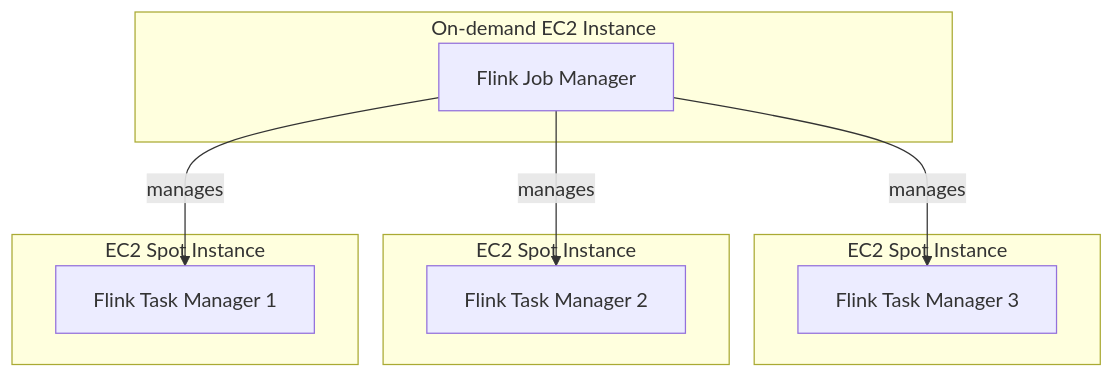
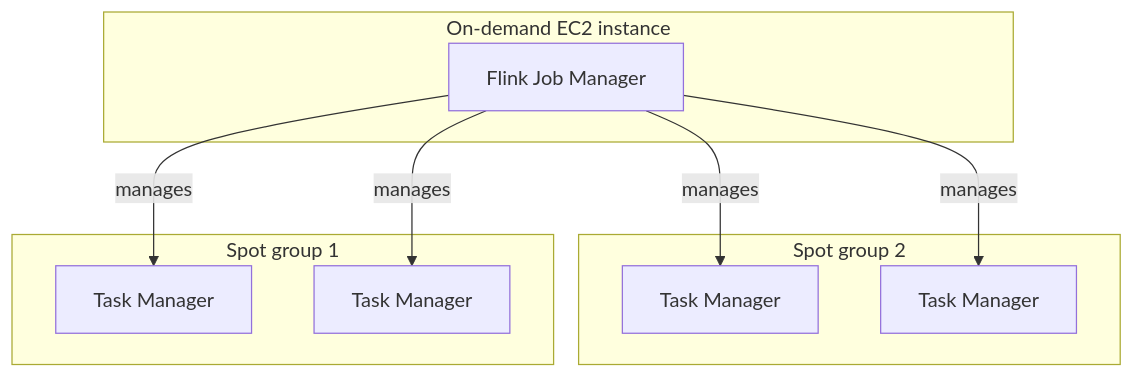
Before and after one commit to gordonmurray/tofu_aws_apache_flink: the diagram in readme.md, drawn with Mermaid. The commit also changed other lines of this file, not shown here.

Commit message:
Update diagram

````diff
--- a/readme.md
+++ b/readme.md
@@ -26,19 +26,19 @@
 ```mermaid
 graph TD
-    subgraph On-demand EC2 Instance
+    subgraph On-demand EC2 instance
         JM[Flink Job Manager]
     end
-    subgraph EC2 Spot Instance
-        TM1[Flink Task Manager 3]
+    subgraph Spot group 2
+        TM1A[Task Manager]
+        TM2A[Task Manager]
     end
-    subgraph EC2 Spot Instance
-        TM2[Flink Task Manager 2]
-    end
-    subgraph EC2 Spot Instance
-        TM3[Flink Task Manager 1]
+    subgraph Spot group 1
+        TM1B[Task Manager]
+        TM2B[Task Manager]
     end
 
-    JM -->|manages| TM1
-    JM -->|manages| TM2
-    JM -->|manages| TM3
+    JM -->|manages| TM1A
+    JM -->|manages| TM2A
+    JM -->|manages| TM1B
+    JM -->|manages| TM2B
 ```
````
